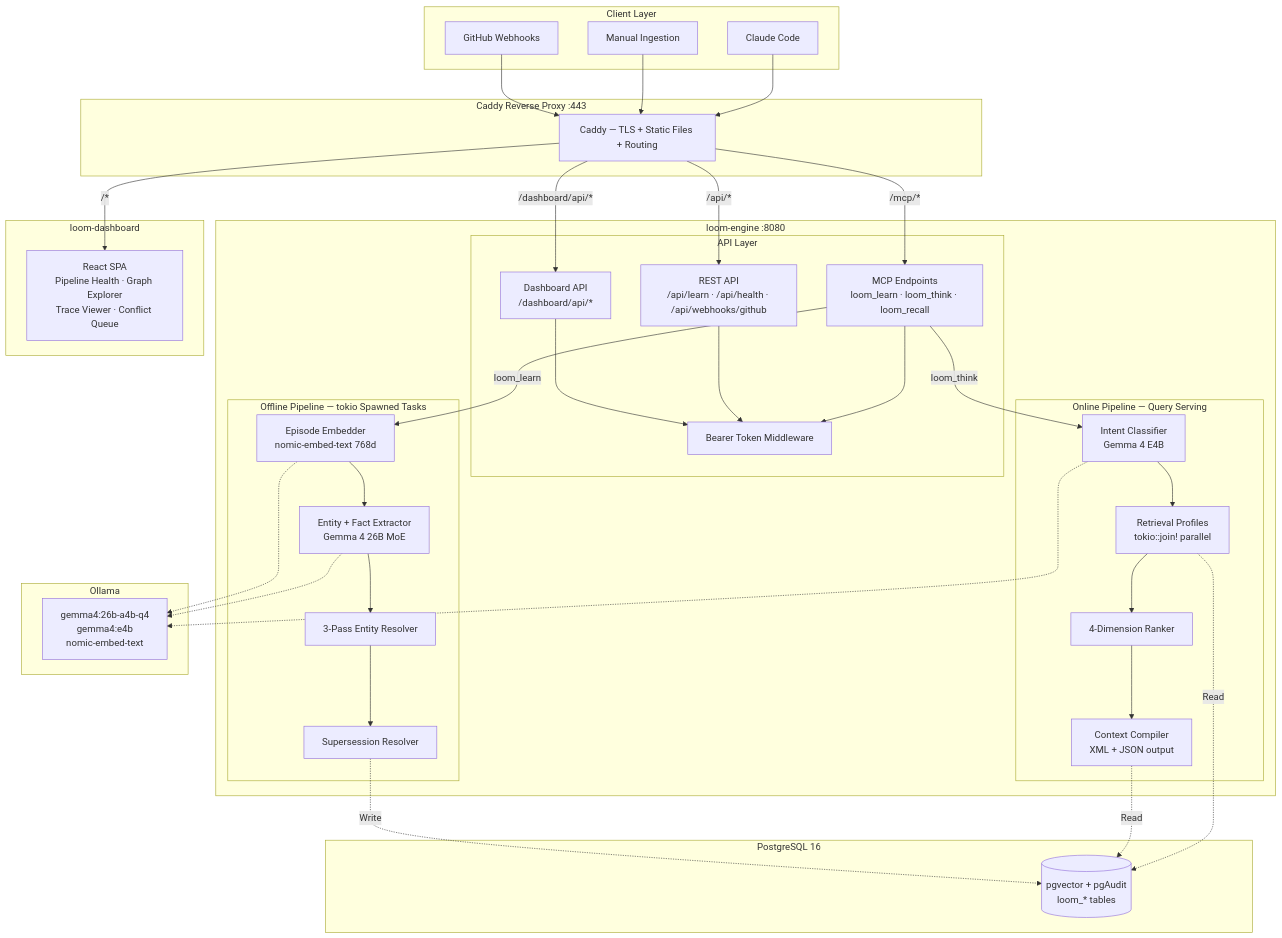
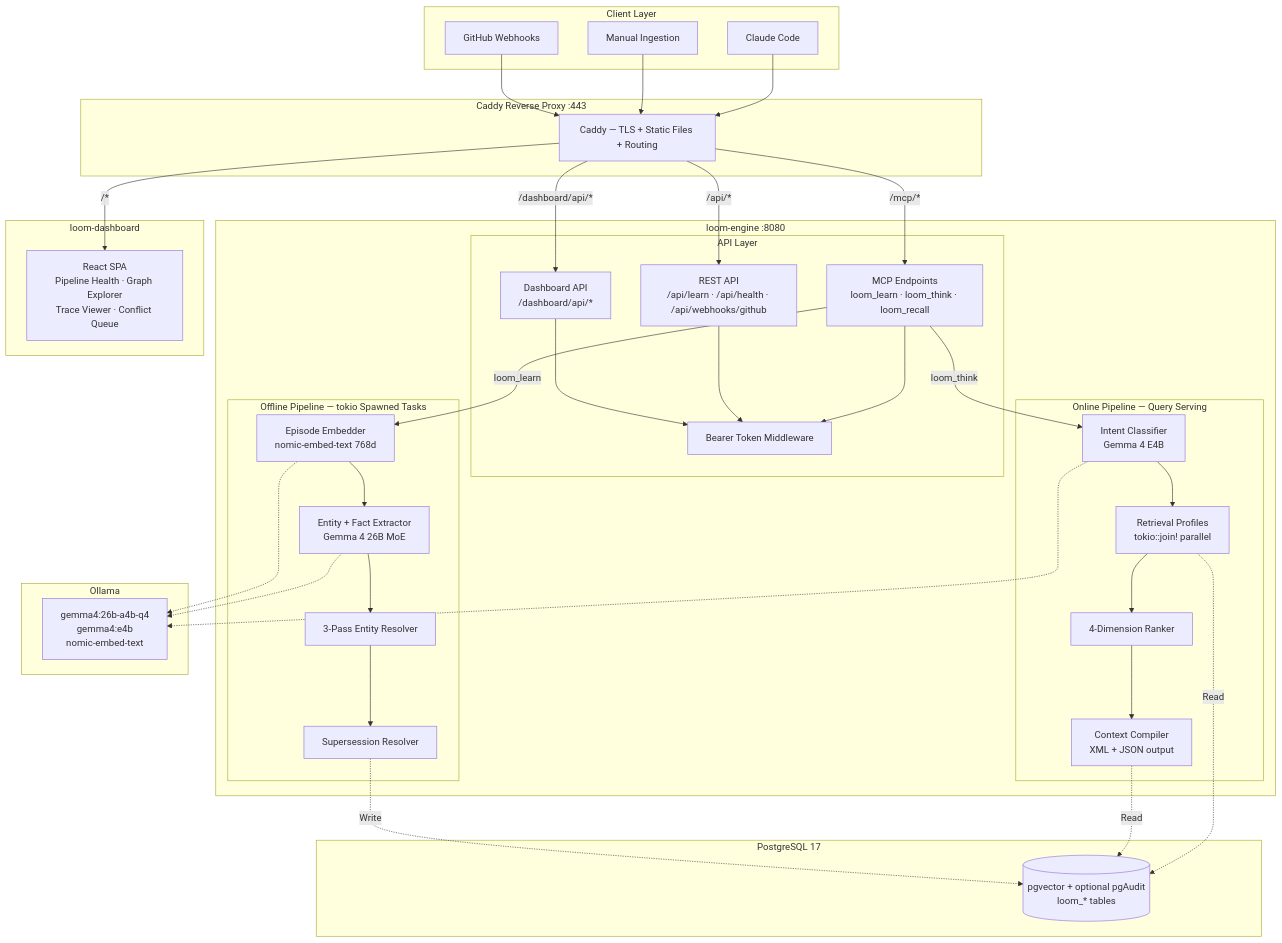
Before and after one commit to technicalanxiety/project-loom: the diagram in README.md, drawn with Mermaid. The commit also changed other lines of this file and 3 other files, not shown here.

````diff
--- a/README.md
+++ b/README.md
@@ -46,78 +46,78 @@
 ```mermaid
 graph TB
     subgraph "Client Layer"
         CC[Claude Code]
         Manual[Manual Ingestion]
         GH[GitHub Webhooks]
     end
 
     subgraph "Caddy Reverse Proxy :443"
         Caddy[Caddy — TLS + Static Files + Routing]
     end
 
     subgraph "loom-engine :8080"
         subgraph "API Layer"
             MCP[MCP Endpoints<br/>loom_learn · loom_think · loom_recall]
             REST[REST API<br/>/api/learn · /api/health · /api/webhooks/github]
             DashAPI[Dashboard API<br/>/dashboard/api/*]
             Auth[Bearer Token Middleware]
         end
 
         subgraph "Online Pipeline — Query Serving"
             Classify[Intent Classifier<br/>Gemma 4 E4B]
             Profiles[Retrieval Profiles<br/>tokio::join! parallel]
             Ranker[4-Dimension Ranker]
             Compiler[Context Compiler<br/>XML + JSON output]
         end
 
         subgraph "Offline Pipeline — tokio Spawned Tasks"
             Embed[Episode Embedder<br/>nomic-embed-text 768d]
             Extract[Entity + Fact Extractor<br/>Gemma 4 26B MoE]
             Resolve[3-Pass Entity Resolver]
             Supersede[Supersession Resolver]
         end
     end
 
     subgraph "loom-dashboard"
         DashUI[React SPA<br/>Pipeline Health · Graph Explorer<br/>Trace Viewer · Conflict Queue]
     end
 
     subgraph "Ollama"
         Models[gemma4:26b-a4b-q4<br/>gemma4:e4b<br/>nomic-embed-text]
     end
 
-    subgraph "PostgreSQL 16"
-        DB[(pgvector + pgAudit<br/>loom_* tables)]
+    subgraph "PostgreSQL 17"
+        DB[(pgvector + optional pgAudit<br/>loom_* tables)]
     end
 
     CC --> Caddy
     Manual --> Caddy
     GH --> Caddy
 
     Caddy -->|/mcp/*| MCP
     Caddy -->|/api/*| REST
     Caddy -->|/dashboard/api/*| DashAPI
     Caddy -->|/*| DashUI
 
     MCP --> Auth
     REST --> Auth
     DashAPI --> Auth
 
     MCP -->|loom_think| Classify
     Classify --> Profiles
     Profiles --> Ranker
     Ranker --> Compiler
 
     MCP -->|loom_learn| Embed
     Embed --> Extract
     Extract --> Resolve
     Resolve --> Supersede
 
     Extract -.-> Models
     Classify -.-> Models
     Embed -.-> Models
 
     Profiles -.->|Read| DB
     Compiler -.->|Read| DB
     Supersede -.->|Write| DB
 ```
````
